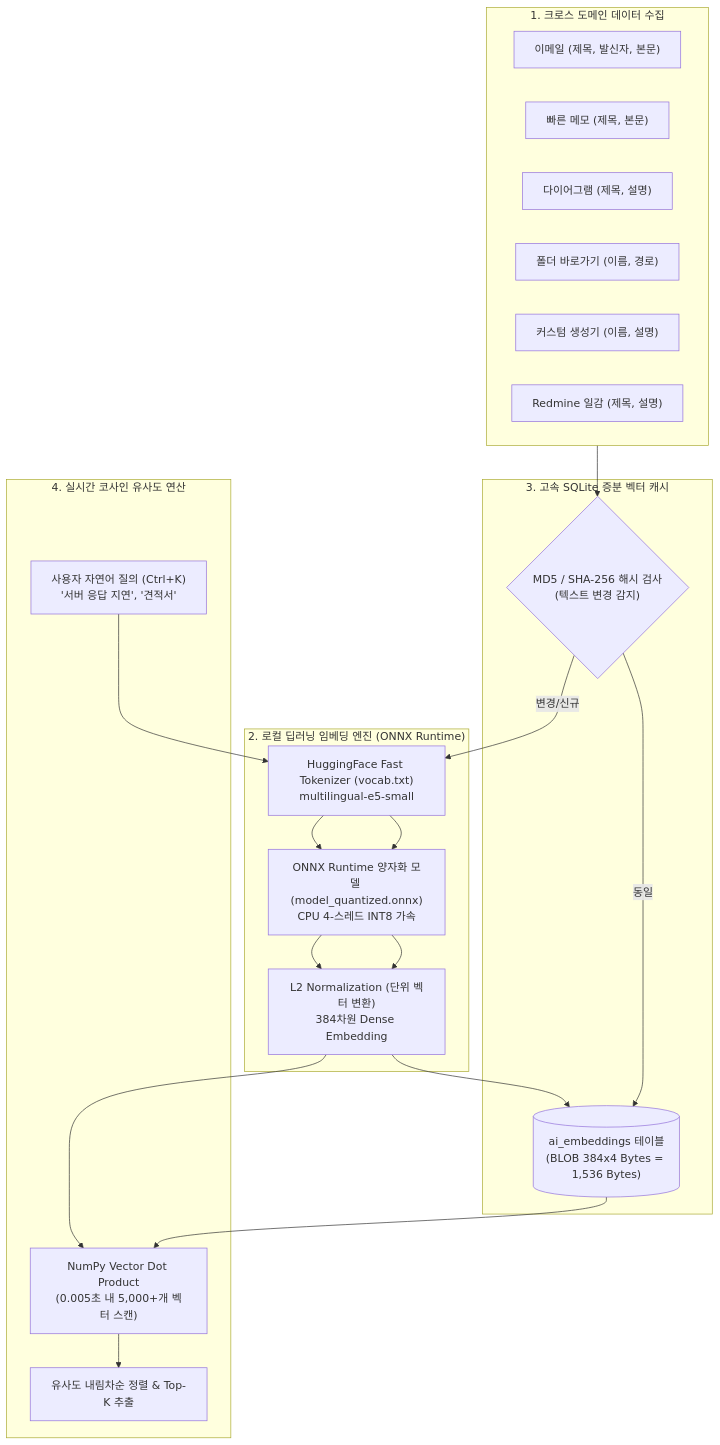
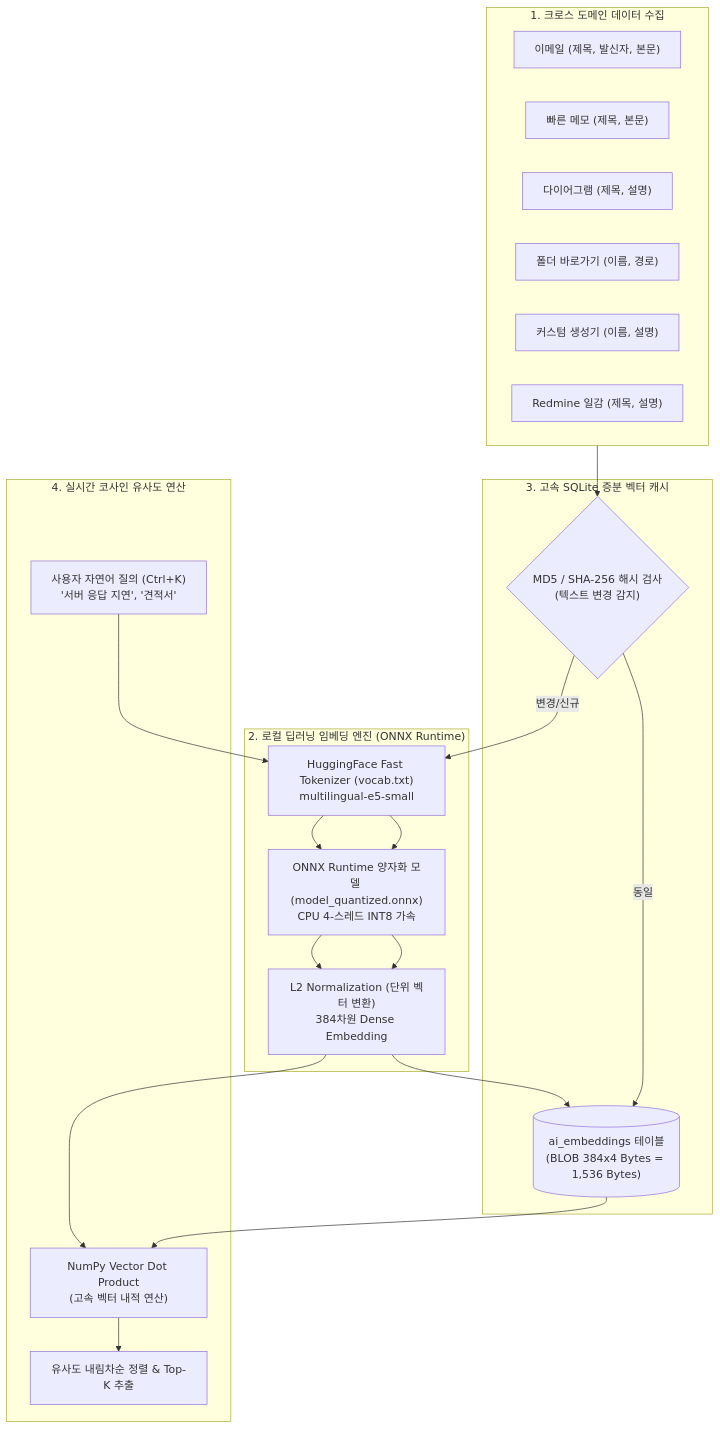
One commit to JudeRester/Util-Tools changed the diagram in docs/AI_SEMANTIC_SEARCH.md. Above: the diagram before and after it, drawn with Mermaid. The commit also changed other lines of this file and 8 other files, not shown here.

````diff
--- a/docs/AI_SEMANTIC_SEARCH.md
+++ b/docs/AI_SEMANTIC_SEARCH.md
@@ -9,34 +9,34 @@
 ```mermaid
 flowchart TD
     subgraph DataSources ["1. 크로스 도메인 데이터 수집"]
         E["이메일 (제목, 발신자, 본문)"]
         N["빠른 메모 (제목, 본문)"]
         D["다이어그램 (제목, 설명)"]
         S["폴더 바로가기 (이름, 경로)"]
         G["커스텀 생성기 (이름, 설명)"]
         R["Redmine 일감 (제목, 설명)"]
     end
 
     subgraph EmbeddingEngine ["2. 로컬 딥러닝 임베딩 엔진 (ONNX Runtime)"]
         Tokenizer["HuggingFace Fast Tokenizer (vocab.txt)\nmultilingual-e5-small"]
         ONNX["ONNX Runtime 양자화 모델 (model_quantized.onnx)\nCPU 4-스레드 INT8 가속"]
         Normalize["L2 Normalization (단위 벡터 변환)\n384차원 Dense Embedding"]
     end
 
     subgraph VectorStorage ["3. 고속 SQLite 증분 벡터 캐시"]
         HashCheck{"MD5 / SHA-256 해시 검사\n(텍스트 변경 감지)"}
         Cache[("ai_embeddings 테이블\n(BLOB 384x4 Bytes = 1,536 Bytes)")]
     end
 
     subgraph SearchMatching ["4. 실시간 코사인 유사도 연산"]
         Query["사용자 자연어 질의 (Ctrl+K)\n'서버 응답 지연', '견적서'"]
-        Cosine["NumPy Vector Dot Product\n(0.005초 내 5,000+개 벡터 스캔)"]
+        Cosine["NumPy Vector Dot Product\n(고속 벡터 내적 연산)"]
         Ranking["유사도 내림차순 정렬 & Top-K 추출"]
     end
 
     DataSources --> HashCheck
     HashCheck -->|변경/신규| Tokenizer --> ONNX --> Normalize --> Cache
     HashCheck -->|동일| Cache
     Query --> Tokenizer --> ONNX --> Normalize
     Normalize & Cache --> Cosine --> Ranking
 ```
````
